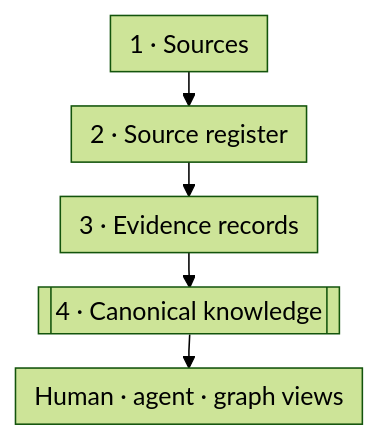
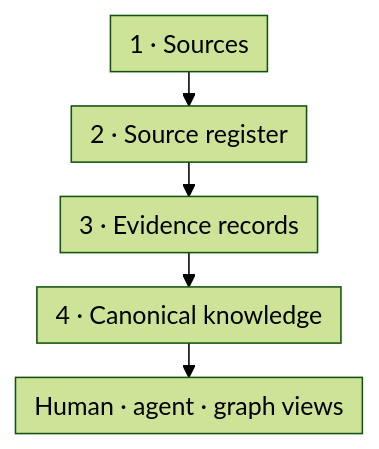
The diagram in docs/architecture.md (denchco/knowledge-base-wiki-standard), drawn with Mermaid (forest theme) before and after one commit. The commit also changed 7 other files, not shown here.

Commit message:
Restore default-first Mermaid diagrams

````diff
--- a/docs/architecture.md
+++ b/docs/architecture.md
@@ -26,17 +26,17 @@
 ```mermaid
-%%{init: {"flowchart": {"curve": "linear", "nodeSpacing": 10, "rankSpacing": 22, "padding": 6}}}%%
+%%{init: {"flowchart": {"nodeSpacing": 10, "rankSpacing": 22, "padding": 6}}}%%
 flowchart TB
   accTitle: Knowledge authority and derived surfaces
   accDescr: Sources are registered, assessed as evidence, maintained as canonical knowledge, and then presented through derived human, agent, and graph views.
 
   S["1 · Sources"]
   R["2 · Source register"]
   E["3 · Evidence records"]
-  C[["4 · Canonical knowledge"]]
+  C["4 · Canonical knowledge"]
   W["Human · agent · graph views"]
   S --> R --> E --> C --> W
   class S kb-source
   class R,E kb-evidence
   class C kb-canonical
   class W kb-derived
 ```
````
